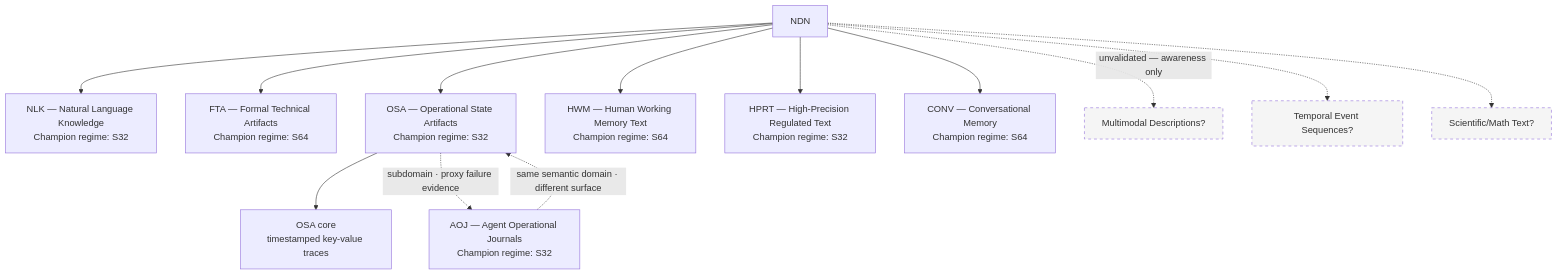
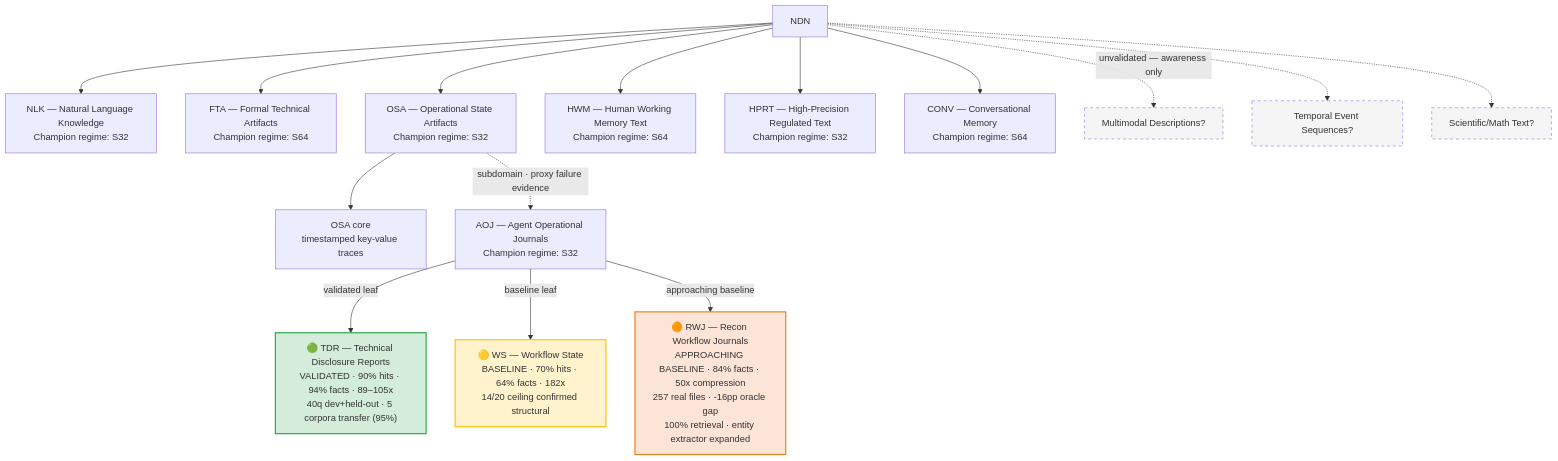
The diagram in ndn_blueprint/diagrams/diagram_02_node_tree.md (fabiocti/ndn-blueprint), drawn with Mermaid before and after one commit. The commit also changed other lines of this file and 8 other files, not shown here.

First line of the commit message:
Phases 15-27: E2E runtime, TDR flagship, WS/RWJ bloomings, transfer, maturity pipeline

````diff
--- a/ndn_blueprint/diagrams/diagram_02_node_tree.md
+++ b/ndn_blueprint/diagrams/diagram_02_node_tree.md
@@ -11,37 +11,47 @@
 ```mermaid
 graph TD
     NDN[NDN]
 
     NLK["NLK — Natural Language Knowledge<br/>Champion regime: S32"]
     FTA["FTA — Formal Technical Artifacts<br/>Champion regime: S64"]
     OSA["OSA — Operational State Artifacts<br/>Champion regime: S32"]
     HWM["HWM — Human Working Memory Text<br/>Champion regime: S64"]
     HPRT["HPRT — High-Precision Regulated Text<br/>Champion regime: S32"]
     CONV["CONV — Conversational Memory<br/>Champion regime: S64"]
 
     OSA_CORE["OSA core<br/>timestamped key-value traces"]
     AOJ["AOJ — Agent Operational Journals<br/>Champion regime: S32"]
 
+    TDR["🟢 TDR — Technical Disclosure Reports<br/>VALIDATED · 90% hits · 94% facts · 89–105x<br/>40q dev+held-out · 5 corpora transfer (95%)"]
+    WS["🟡 WS — Workflow State<br/>BASELINE · 70% hits · 64% facts · 182x<br/>14/20 ceiling confirmed structural"]
+    RWJ["🟠 RWJ — Recon Workflow Journals<br/>APPROACHING BASELINE · 84% facts · 50x compression<br/>257 real files · -16pp oracle gap<br/>100% retrieval · entity extractor expanded"]
+
     FUTURE1["Multimodal Descriptions?"]
     FUTURE2["Temporal Event Sequences?"]
     FUTURE3["Scientific/Math Text?"]
 
     NDN --> NLK
     NDN --> FTA
     NDN --> OSA
     NDN --> HWM
     NDN --> HPRT
     NDN --> CONV
 
     OSA --> OSA_CORE
     OSA -.->|"subdomain · proxy failure evidence"| AOJ
-    AOJ -.->|"same semantic domain · different surface"| OSA
+
+    AOJ -->|"validated leaf"| TDR
+    AOJ -->|"baseline leaf"| WS
+    AOJ -->|"approaching baseline"| RWJ
 
     NDN -.->|"unvalidated — awareness only"| FUTURE1
     NDN -.-> FUTURE2
     NDN -.-> FUTURE3
 
+    style TDR fill:#d4edda,stroke:#28a745,stroke-width:2px
+    style WS fill:#fff3cd,stroke:#ffc107,stroke-width:2px
+    style RWJ fill:#fce4d6,stroke:#e67e22,stroke-width:2px
     style FUTURE1 fill:#f5f5f5,stroke-dasharray: 5 5
     style FUTURE2 fill:#f5f5f5,stroke-dasharray: 5 5
     style FUTURE3 fill:#f5f5f5,stroke-dasharray: 5 5
 ```
````
